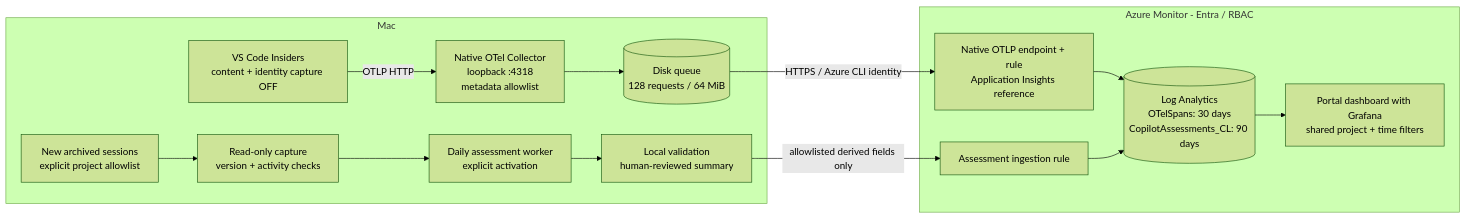
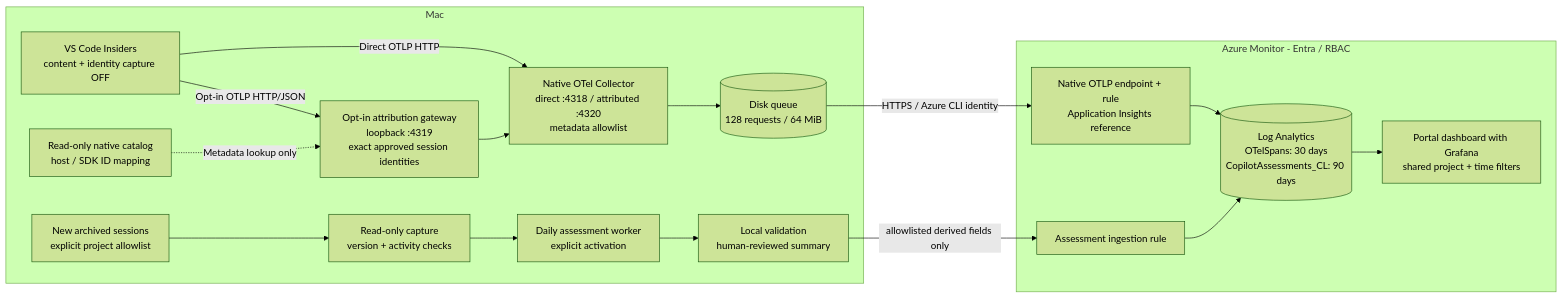
The diagram in README.md (prasann/copilot-otel), drawn with Mermaid (forest theme) before and after one commit. The commit also changed other lines of this file and 1 other file, not shown here.

Commit message:
docs: update completed pilot milestones and attribution status

````diff
--- a/README.md
+++ b/README.md
@@ -58,24 +86,28 @@
 ```mermaid
 flowchart LR
   subgraph Mac["Mac"]
     Client["VS Code Insiders<br/>content + identity capture OFF"]
-    Filter["Native OTel Collector<br/>loopback :4318<br/>metadata allowlist"]
+    Filter["Native OTel Collector<br/>direct :4318 / attributed :4320<br/>metadata allowlist"]
+    Gateway["Opt-in attribution gateway<br/>loopback :4319<br/>exact approved session identities"]
+    Catalog["Read-only native catalog<br/>host / SDK ID mapping"]
     Queue[("Disk queue<br/>128 requests / 64 MiB")]
     History["New archived sessions<br/>explicit project allowlist"]
     Capture["Read-only capture<br/>version + activity checks"]
     Assess["Daily assessment worker<br/>explicit activation"]
     Review["Local validation<br/>human-reviewed summary"]
-    Client -->|OTLP HTTP| Filter --> Queue
+    Client -->|Direct OTLP HTTP| Filter --> Queue
+    Client -->|Opt-in OTLP HTTP/JSON| Gateway --> Filter
+    Catalog -.->|Metadata lookup only| Gateway
     History --> Capture --> Assess --> Review
   end
   subgraph Azure["Azure Monitor - Entra / RBAC"]
     OTLP["Native OTLP endpoint + rule<br/>Application Insights reference"]
     DCR["Assessment ingestion rule"]
     Logs[("Log Analytics<br/>OTelSpans: 30 days<br/>CopilotAssessments_CL: 90 days")]
     Dashboard["Portal dashboard with Grafana<br/>shared project + time filters"]
     OTLP --> Logs
     DCR --> Logs --> Dashboard
   end
   Queue -->|"HTTPS / Azure CLI identity"| OTLP
   Review -->|"allowlisted derived fields only"| DCR
 ```
````
